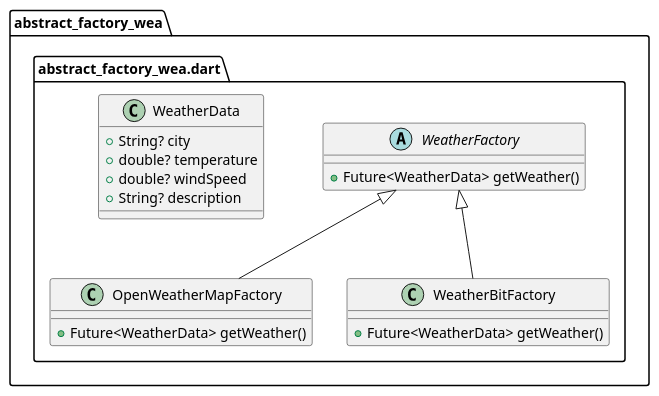
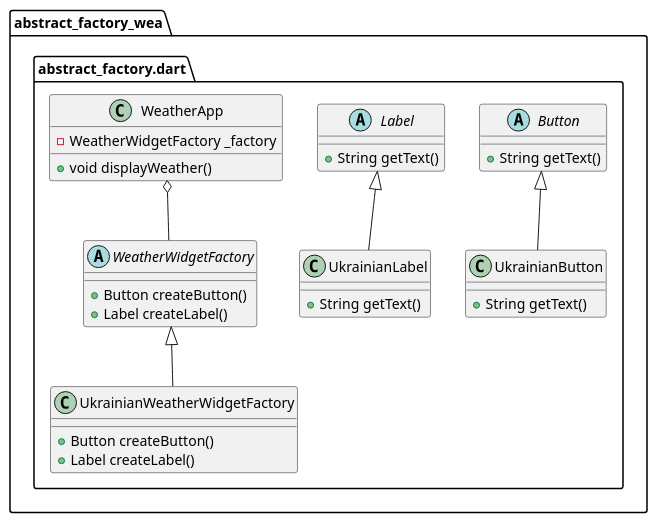
Before and after one commit to Alex-0277911/abstract_factory_wea: the diagram in diagram.puml, drawn with PlantUML. The commit also changed 5 other files, not shown here.

```diff
--- a/diagram.puml
+++ b/diagram.puml
@@ -1,28 +1,44 @@
 @startuml
 set namespaceSeparator ::
 
-abstract class "abstract_factory_wea::abstract_factory_wea.dart::WeatherFactory" {
-  +Future<WeatherData> getWeather()
+abstract class "abstract_factory_wea::abstract_factory.dart::Button" {
+  +String getText()
 }
 
-class "abstract_factory_wea::abstract_factory_wea.dart::OpenWeatherMapFactory" {
-  +Future<WeatherData> getWeather()
+abstract class "abstract_factory_wea::abstract_factory.dart::Label" {
+  +String getText()
 }
 
-"abstract_factory_wea::abstract_factory_wea.dart::WeatherFactory" <|-- "abstract_factory_wea::abstract_factory_wea.dart::OpenWeatherMapFactory"
-
-class "abstract_factory_wea::abstract_factory_wea.dart::WeatherBitFactory" {
-  +Future<WeatherData> getWeather()
+class "abstract_factory_wea::abstract_factory.dart::UkrainianButton" {
+  +String getText()
 }
 
-"abstract_factory_wea::abstract_factory_wea.dart::WeatherFactory" <|-- "abstract_factory_wea::abstract_factory_wea.dart::WeatherBitFactory"
+"abstract_factory_wea::abstract_factory.dart::Button" <|-- "abstract_factory_wea::abstract_factory.dart::UkrainianButton"
 
-class "abstract_factory_wea::abstract_factory_wea.dart::WeatherData" {
-  +String? city
-  +double? temperature
-  +double? windSpeed
-  +String? description
+class "abstract_factory_wea::abstract_factory.dart::UkrainianLabel" {
+  +String getText()
 }
+
+"abstract_factory_wea::abstract_factory.dart::Label" <|-- "abstract_factory_wea::abstract_factory.dart::UkrainianLabel"
+
+abstract class "abstract_factory_wea::abstract_factory.dart::WeatherWidgetFactory" {
+  +Button createButton()
+  +Label createLabel()
+}
+
+class "abstract_factory_wea::abstract_factory.dart::UkrainianWeatherWidgetFactory" {
+  +Button createButton()
+  +Label createLabel()
+}
+
+"abstract_factory_wea::abstract_factory.dart::WeatherWidgetFactory" <|-- "abstract_factory_wea::abstract_factory.dart::UkrainianWeatherWidgetFactory"
+
+class "abstract_factory_wea::abstract_factory.dart::WeatherApp" {
+  -WeatherWidgetFactory _factory
+  +void displayWeather()
+}
+
+"abstract_factory_wea::abstract_factory.dart::WeatherApp" o-- "abstract_factory_wea::abstract_factory.dart::WeatherWidgetFactory"
 
 
 @enduml
```
